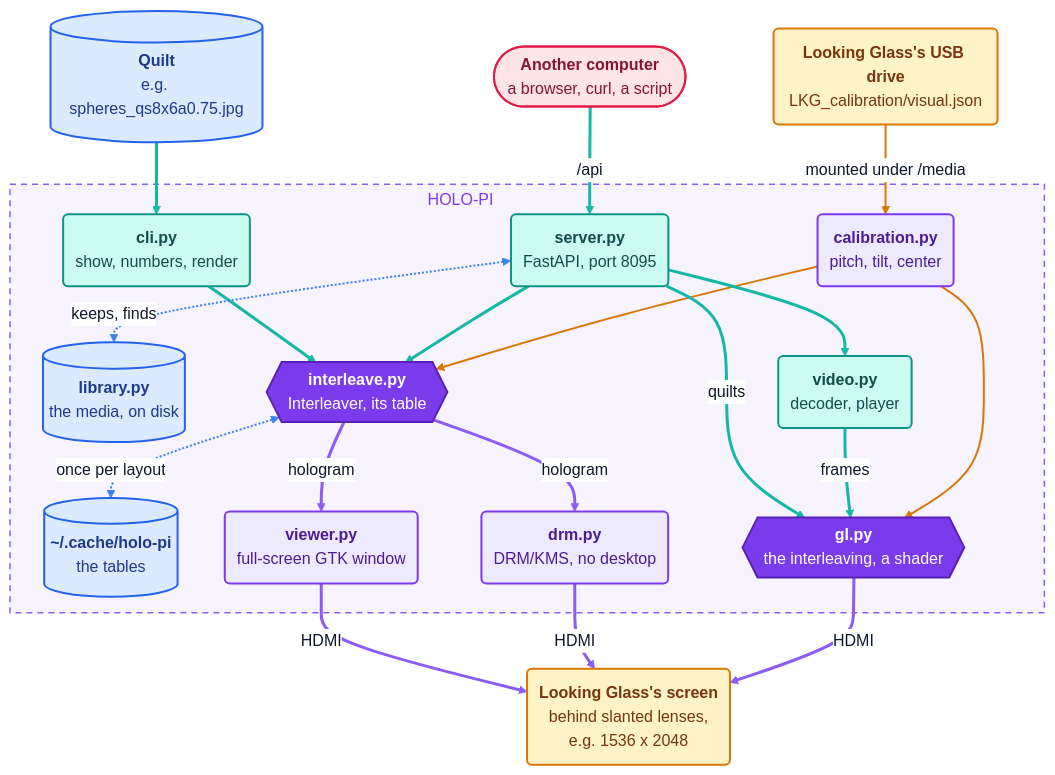
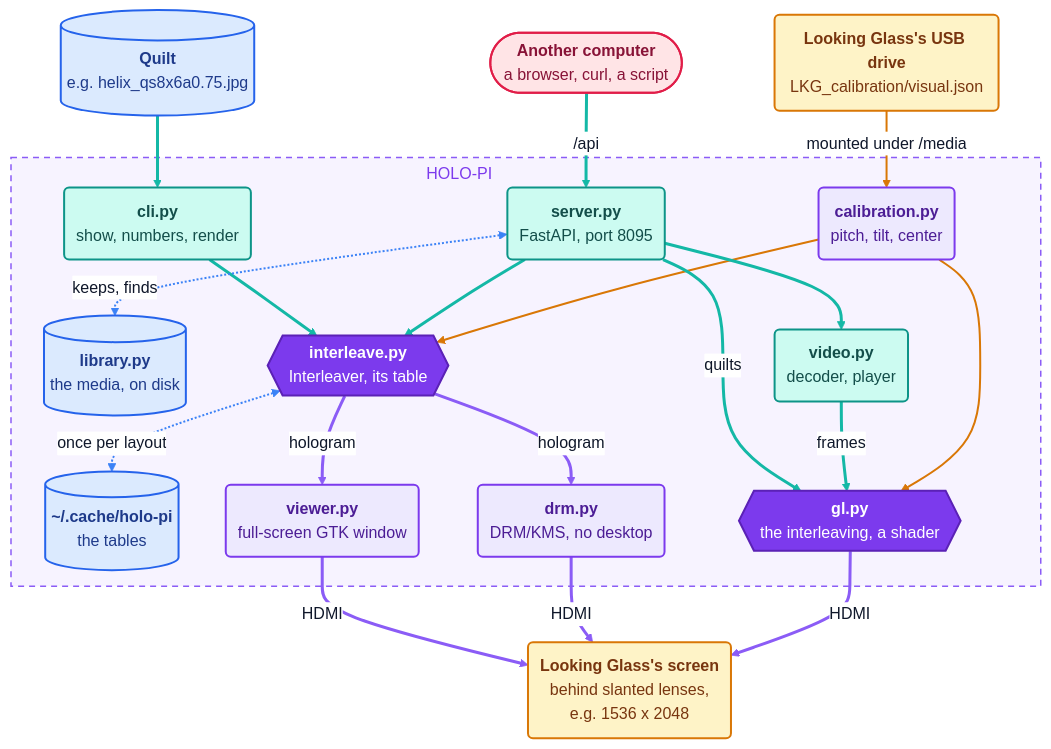
One commit to kineticsystem/holo-pi changed the diagram in docs/diagrams/architecture.mmd. Above: the diagram before and after it, drawn with Mermaid. The commit also changed 26 other files, not shown here.

```diff
--- a/docs/diagrams/architecture.mmd
+++ b/docs/diagrams/architecture.mmd
@@ -1,106 +1,106 @@
 ---
 config:
   theme: base
   fontFamily: "Arial, Helvetica, sans-serif"
   flowchart:
     curve: basis
     padding: 12
     nodeSpacing: 46
     rankSpacing: 32
     subGraphTitleMargin:
       top: 4
       bottom: 10
   class:
     padding: 10
   themeVariables:
     lineColor: "#94a3b8"
     textColor: "#64748b"
     primaryColor: "#f1f5f9"
     primaryBorderColor: "#64748b"
     primaryTextColor: "#0f172a"
     secondaryColor: "#f1f5f9"
     secondaryBorderColor: "#64748b"
     secondaryTextColor: "#0f172a"
     tertiaryColor: "#f1f5f9"
     tertiaryBorderColor: "#64748b"
     tertiaryTextColor: "#0f172a"
     mainBkg: "#f1f5f9"
     nodeBorder: "#64748b"
     nodeTextColor: "#0f172a"
     classText: "#0f172a"
     clusterBkg: "transparent"
     clusterBorder: "#94a3b8"
     titleColor: "#64748b"
     edgeLabelBackground: "#ffffff"
   themeCSS: >
     svg, .label, .nodeLabel, .edgeLabel, foreignObject div { font-family: Arial, Helvetica, sans-serif; }
     .node rect, .node polygon, .node path {
       filter: drop-shadow(0 3px 6px rgba(15, 23, 42, 0.18));
     }
     .node rect { rx: 14px; ry: 14px; }
     .cluster rect { rx: 18px; ry: 18px; }
     .edgeLabel, .edgeLabel p, .edgeLabel span {
       background: #ffffff; color: #475569; border-radius: 999px;
     }
     .edgeLabel p { padding: 3px 10px; }
     .labelBkg { background: transparent !important; fill: none !important; }
 ---
 flowchart TB
-    Quilt[("<b>Quilt</b><br/>e.g. spheres_qs8x6a0.75.jpg")]
+    Quilt[("<b>Quilt</b><br/>e.g. helix_qs8x6a0.75.jpg")]
     Client(["<b>Another computer</b><br/>a browser, curl, a script"])
     Drive("<b>Looking Glass's USB drive</b><br/>LKG_calibration/visual.json")
 
     subgraph Holo["HOLO-PI&nbsp;&nbsp;&nbsp;&nbsp;&nbsp;&nbsp;&nbsp;&nbsp;&nbsp;&nbsp;&nbsp;&nbsp;&nbsp;&nbsp;&nbsp;&nbsp;&nbsp;&nbsp;&nbsp;&nbsp;&nbsp;&nbsp;&nbsp;&nbsp;&nbsp;&nbsp;&nbsp;&nbsp;&nbsp;&nbsp;"]
         CLI("<b>cli.py</b><br/>show, numbers, render")
         Server("<b>server.py</b><br/>FastAPI, port 8095")
         Library[("<b>library.py</b><br/>the media, on disk")]
         Video("<b>video.py</b><br/>decoder, player")
         Calibration("<b>calibration.py</b><br/>pitch, tilt, center")
         Interleaver{{"<b>interleave.py</b><br/>Interleaver, its table"}}
         Cache[("<b>~/.cache/holo-pi</b><br/>the tables")]
         Viewer("<b>viewer.py</b><br/>full-screen GTK window")
         DRM("<b>drm.py</b><br/>DRM/KMS, no desktop")
         GL{{"<b>gl.py</b><br/>the interleaving, a shader"}}
     end
 
     Screen("<b>Looking Glass's screen</b><br/>behind slanted lenses,<br/>e.g. 1536 x 2048")
 
     Quilt ==> CLI
     Client == "/api" ==> Server
     Drive -- "mounted under /media" --> Calibration
     CLI ==> Interleaver
     Server ==> Interleaver
     Calibration --> Interleaver
     Interleaver <-. "once per layout" .-> Cache
     Interleaver == "hologram" ==> Viewer
     Interleaver == "hologram" ==> DRM
     Viewer == "HDMI" ==> Screen
     DRM == "HDMI" ==> Screen
     Server <-. "keeps, finds" .-> Library
     Server ==> Video
     Server == "quilts" ==> GL
     Video == "frames" ==> GL
     Calibration --> GL
     GL == "HDMI" ==> Screen
 
     classDef human fill:#ffe4e6,stroke:#e11d48,stroke-width:2px,color:#881337
     classDef voice fill:#ccfbf1,stroke:#0d9488,stroke-width:2px,color:#134e4a
     classDef mind  fill:#ede9fe,stroke:#7c3aed,stroke-width:2px,color:#4c1d95
     classDef brain fill:#7c3aed,stroke:#5b21b6,stroke-width:2px,color:#ffffff
     classDef robot fill:#fef3c7,stroke:#d97706,stroke-width:2px,color:#78350f
     classDef data  fill:#dbeafe,stroke:#2563eb,stroke-width:2px,color:#1e3a8a
     classDef ext   fill:#f1f5f9,stroke:#64748b,stroke-width:2px,color:#0f172a
 
     class Client human
     class Quilt,Cache,Library data
     class Drive,Screen robot
     class CLI,Server,Video voice
     class Calibration,Viewer,DRM mind
     class Interleaver,GL brain
 
     style Holo fill:#8b5cf612,stroke:#8b5cf6,stroke-width:1.5px,stroke-dasharray:6 5,color:#7c3aed
 
     linkStyle 0,1,3,4,12,13,14 stroke:#14b8a6,stroke-width:3px
     linkStyle 2,5,15 stroke:#d97706,stroke-width:2px
     linkStyle 6,11 stroke:#3b82f6,stroke-width:2px
     linkStyle 7,8,9,10,16 stroke:#8b5cf6,stroke-width:3px
```
